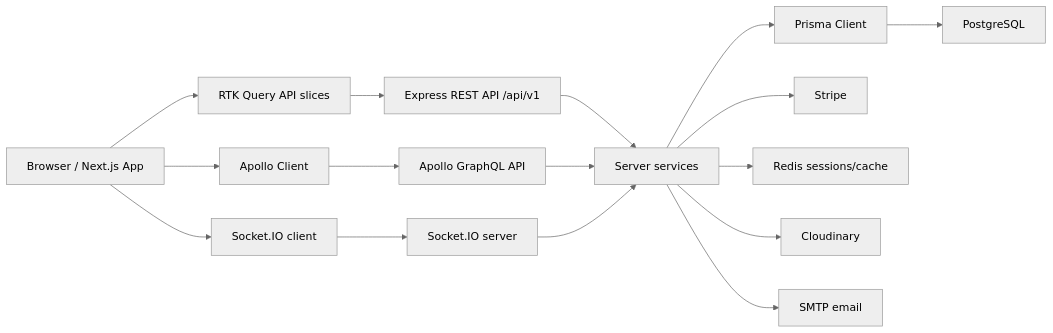
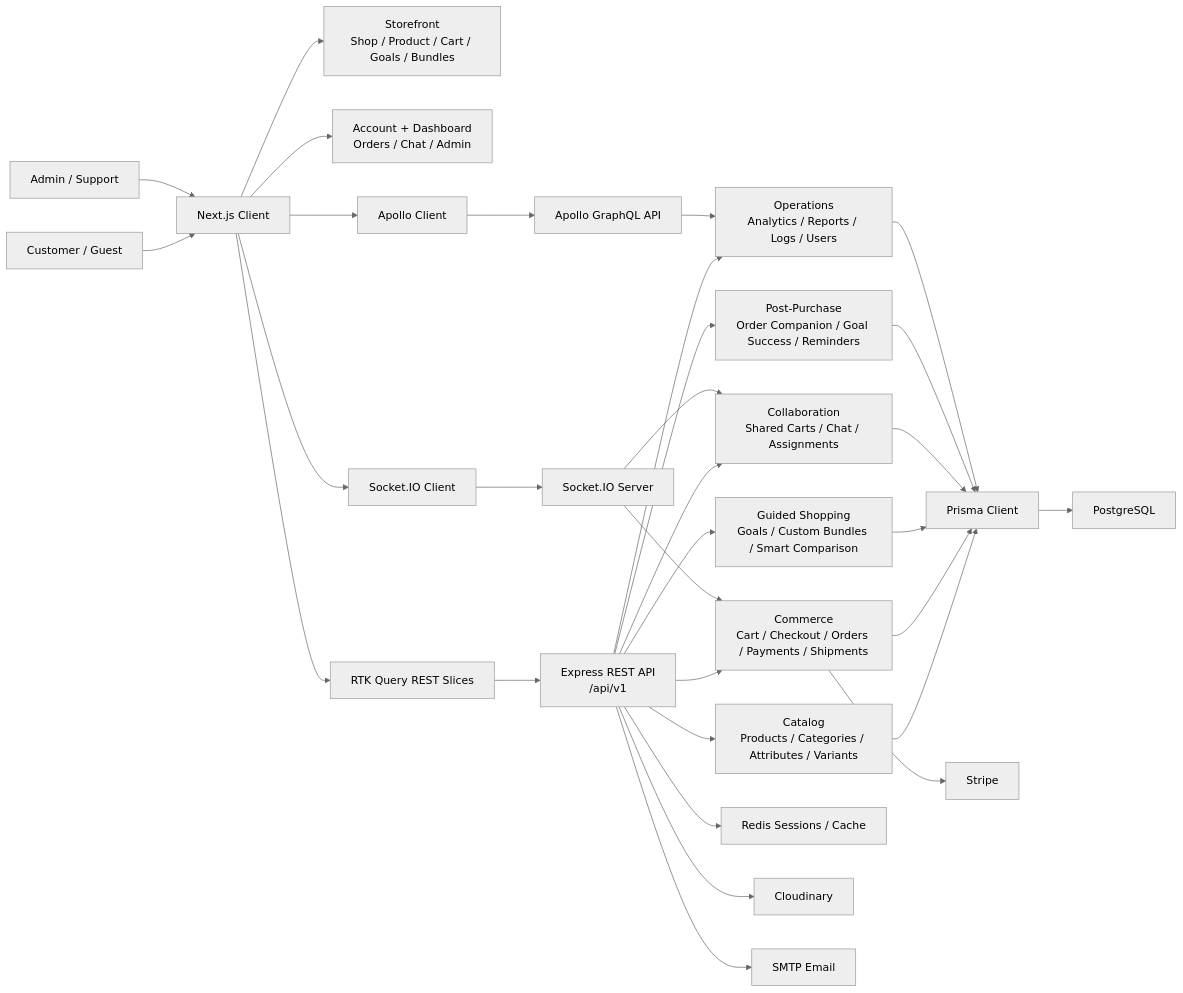
Before and after one commit to nitin2005sharma/commerce: the diagram in docs/ARCHITECTURE.md, drawn with Mermaid (neutral theme). The commit also changed other lines of this file and 4 other files, not shown here.

````diff
--- a/docs/ARCHITECTURE.md
+++ b/docs/ARCHITECTURE.md
@@ -9,18 +9,39 @@
 ```mermaid
 flowchart LR
-  Browser["Browser / Next.js App"] --> RTK["RTK Query API slices"]
-  Browser --> ApolloClient["Apollo Client"]
-  Browser --> SocketClient["Socket.IO client"]
-  RTK --> REST["Express REST API /api/v1"]
+  Customer["Customer / Guest"] --> Client["Next.js Client"]
+  Admin["Admin / Support"] --> Client
+
+  Client --> PublicUX["Storefront<br/>Shop / Product / Cart / Goals / Bundles"]
+  Client --> PrivateUX["Account + Dashboard<br/>Orders / Chat / Admin"]
+  Client --> RTK["RTK Query REST Slices"]
+  Client --> ApolloClient["Apollo Client"]
+  Client --> SocketClient["Socket.IO Client"]
+
+  RTK --> REST["Express REST API<br/>/api/v1"]
   ApolloClient --> GraphQL["Apollo GraphQL API"]
-  SocketClient --> SocketServer["Socket.IO server"]
-  REST --> Services["Server services"]
-  GraphQL --> Services
-  SocketServer --> Services
-  Services --> Prisma["Prisma Client"]
+  SocketClient --> SocketServer["Socket.IO Server"]
+
+  REST --> Catalog["Catalog<br/>Products / Categories / Attributes / Variants"]
+  REST --> Commerce["Commerce<br/>Cart / Checkout / Orders / Payments / Shipments"]
+  REST --> Guided["Guided Shopping<br/>Goals / Custom Bundles / Smart Comparison"]
+  REST --> Collaboration["Collaboration<br/>Shared Carts / Chat / Assignments"]
+  REST --> PostPurchase["Post-Purchase<br/>Order Companion / Goal Success / Reminders"]
+  REST --> Ops["Operations<br/>Analytics / Reports / Logs / Users"]
+
+  GraphQL --> Ops
+  SocketServer --> Collaboration
+  SocketServer --> Commerce
+
+  Catalog --> Prisma["Prisma Client"]
+  Commerce --> Prisma
+  Guided --> Prisma
+  Collaboration --> Prisma
+  PostPurchase --> Prisma
+  Ops --> Prisma
   Prisma --> Postgres["PostgreSQL"]
-  Services --> Stripe["Stripe"]
-  Services --> Redis["Redis sessions/cache"]
-  Services --> Cloudinary["Cloudinary"]
-  Services --> Email["SMTP email"]
+
+  Commerce --> Stripe["Stripe"]
+  REST --> Redis["Redis Sessions / Cache"]
+  REST --> Cloudinary["Cloudinary"]
+  REST --> Email["SMTP Email"]
 ```
````
